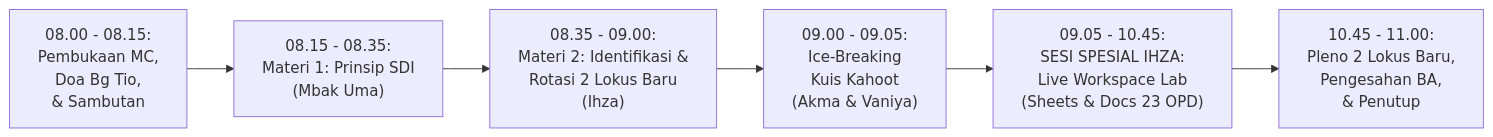
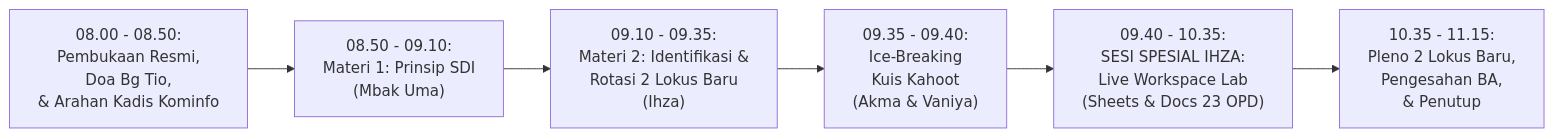
One commit to ipds6104/knowledge-base changed the diagram in kegiatan/pembinaan-statistik-sektoral/2026/pertemuan/01-pertemuan-1-prinsip-sdi-identifikasi-kegiatan-dan-kickoff-lokus.md. Above: the diagram before and after it, drawn with Mermaid. The commit also changed other lines of this file and 34 other files, not shown here.

````diff
--- a/kegiatan/pembinaan-statistik-sektoral/2026/pertemuan/01-pertemuan-1-prinsip-sdi-identifikasi-kegiatan-dan-kickoff-lokus.md
+++ b/kegiatan/pembinaan-statistik-sektoral/2026/pertemuan/01-pertemuan-1-prinsip-sdi-identifikasi-kegiatan-dan-kickoff-lokus.md
@@ -45,25 +47,25 @@
 ```mermaid
 flowchart LR
-    A["08.00 - 08.15:
-    Pembukaan MC,
+    A["08.00 - 08.50:
+    Pembukaan Resmi,
     Doa Bg Tio,
-    & Sambutan"] --> B["08.15 - 08.35:
+    & Arahan Kadis Kominfo"] --> B["08.50 - 09.10:
     Materi 1: Prinsip SDI
     (Mbak Uma)"]
-    B --> C["08.35 - 09.00:
+    B --> C["09.10 - 09.35:
     Materi 2: Identifikasi &
     Rotasi 2 Lokus Baru
     (Ihza)"]
-    C --> D["09.00 - 09.05:
+    C --> D["09.35 - 09.40:
     Ice-Breaking
     Kuis Kahoot
     (Akma & Vaniya)"]
-    D --> E["09.05 - 10.45:
+    D --> E["09.40 - 10.35:
     SESI SPESIAL IHZA:
     Live Workspace Lab
     (Sheets & Docs 23 OPD)"]
-    E --> F["10.45 - 11.00:
+    E --> F["10.35 - 11.15:
     Pleno 2 Lokus Baru,
     Pengesahan BA,
     & Penutup"]
 ```
````
